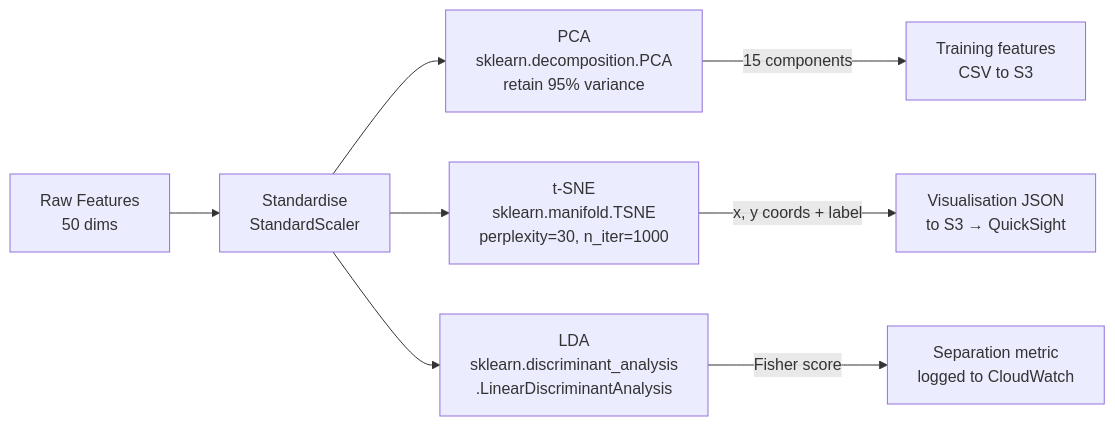
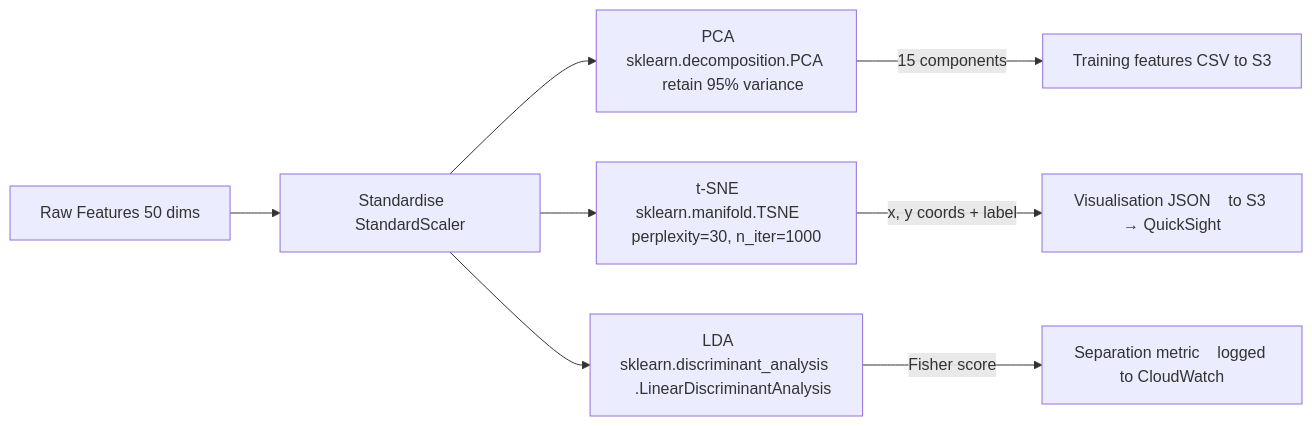
The second of 3 diagrams in python3/pocs/sagemaker_fraud_detection/ARCHITECTURE.md (shahbazaamir/learn), drawn with Mermaid before and after one commit. The commit also changed other lines of this file and 56 other files, not shown here.

````diff
--- a/python3/pocs/sagemaker_fraud_detection/ARCHITECTURE.md
+++ b/python3/pocs/sagemaker_fraud_detection/ARCHITECTURE.md
@@ -59,10 +59,10 @@
 ```mermaid
 flowchart LR
-    A[Raw Features\n50 dims] --> B[Standardise\nStandardScaler]
-    B --> C1[PCA\nsklearn.decomposition.PCA\nretain 95% variance]
-    B --> C2[t-SNE\nsklearn.manifold.TSNE\nperplexity=30, n_iter=1000]
-    B --> C3[LDA\nsklearn.discriminant_analysis\n.LinearDiscriminantAnalysis]
-    C1 -->|15 components| D1[Training features\nCSV to S3]
-    C2 -->|x, y coords + label| D2[Visualisation JSON\nto S3 → QuickSight]
-    C3 -->|Fisher score| D3[Separation metric\nlogged to CloudWatch]
+    A[Raw Features    50 dims] --> B[Standardise    StandardScaler]
+    B --> C1[PCA    sklearn.decomposition.PCA    retain 95% variance]
+    B --> C2[t-SNE    sklearn.manifold.TSNE    perplexity=30, n_iter=1000]
+    B --> C3[LDA    sklearn.discriminant_analysis    .LinearDiscriminantAnalysis]
+    C1 -->|15 components| D1[Training features    CSV to S3]
+    C2 -->|x, y coords + label| D2[Visualisation JSON    to S3 → QuickSight]
+    C3 -->|Fisher score| D3[Separation metric    logged to CloudWatch]
 ```
````
